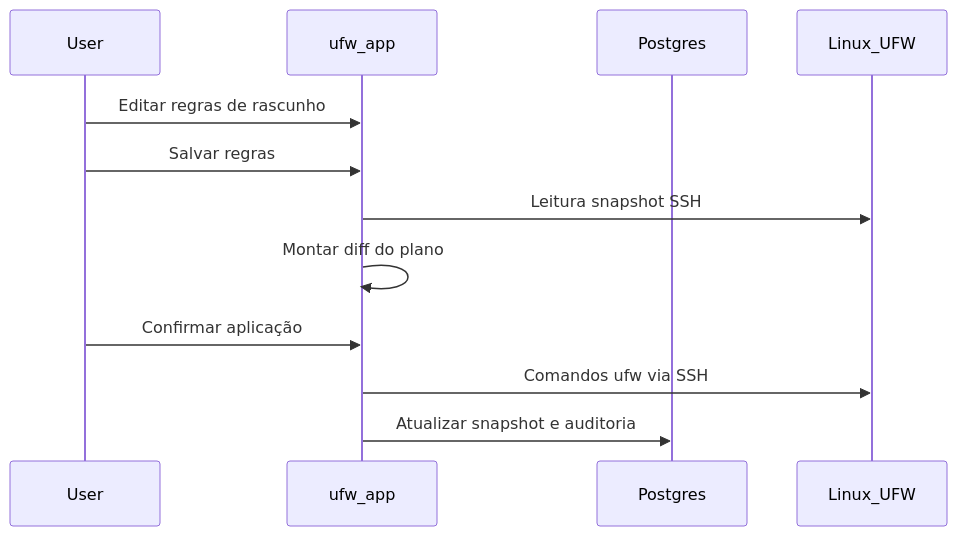
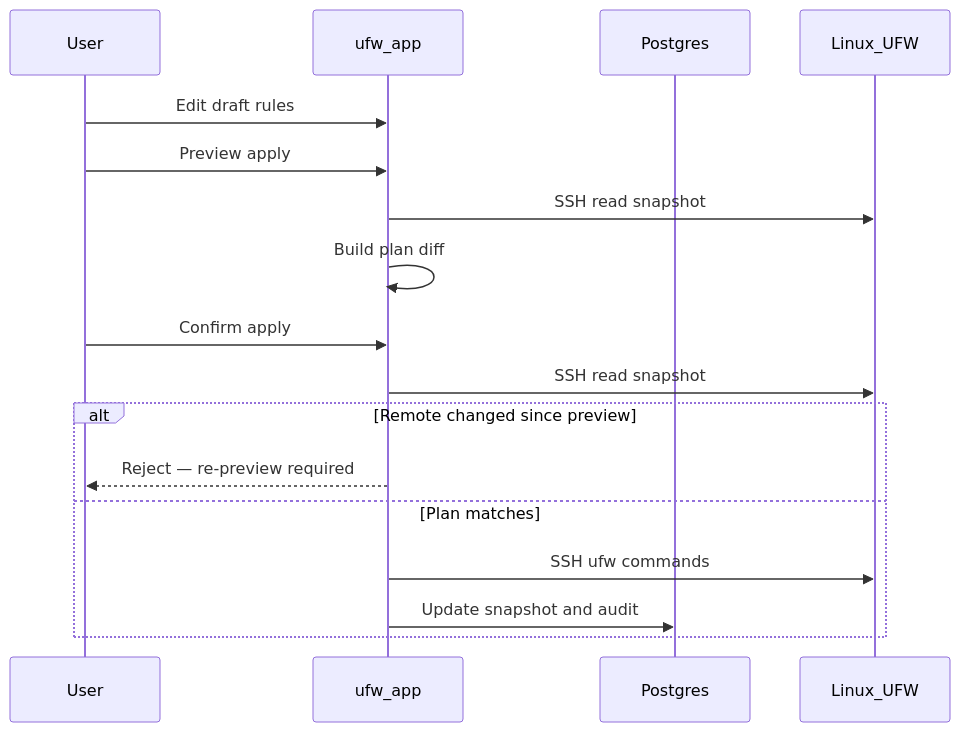
Before and after one commit to finenumbers/ufw: the diagram in docs/pt-BR/concepts/draft-apply-workflow.md, drawn with Mermaid. The commit also changed other lines of this file and 118 other files, not shown here.

````diff
--- a/docs/pt-BR/concepts/draft-apply-workflow.md
+++ b/docs/pt-BR/concepts/draft-apply-workflow.md
@@ -37,15 +37,20 @@
 ```mermaid
 sequenceDiagram
   participant User
   participant App as ufw_app
   participant DB as Postgres
   participant Remote as Linux_UFW
 
-  User->>App: Editar regras de rascunho
-  User->>App: Salvar regras
-  App->>Remote: Leitura snapshot SSH
-  App->>App: Montar diff do plano
-  User->>App: Confirmar aplicação
-  App->>Remote: Comandos ufw via SSH
-  App->>DB: Atualizar snapshot e auditoria
+  User->>App: Edit draft rules
+  User->>App: Preview apply
+  App->>Remote: SSH read snapshot
+  App->>App: Build plan diff
+  User->>App: Confirm apply
+  App->>Remote: SSH read snapshot
+  alt Remote changed since preview
+    App-->>User: Reject — re-preview required
+  else Plan matches
+    App->>Remote: SSH ufw commands
+    App->>DB: Update snapshot and audit
+  end
 ```
````
